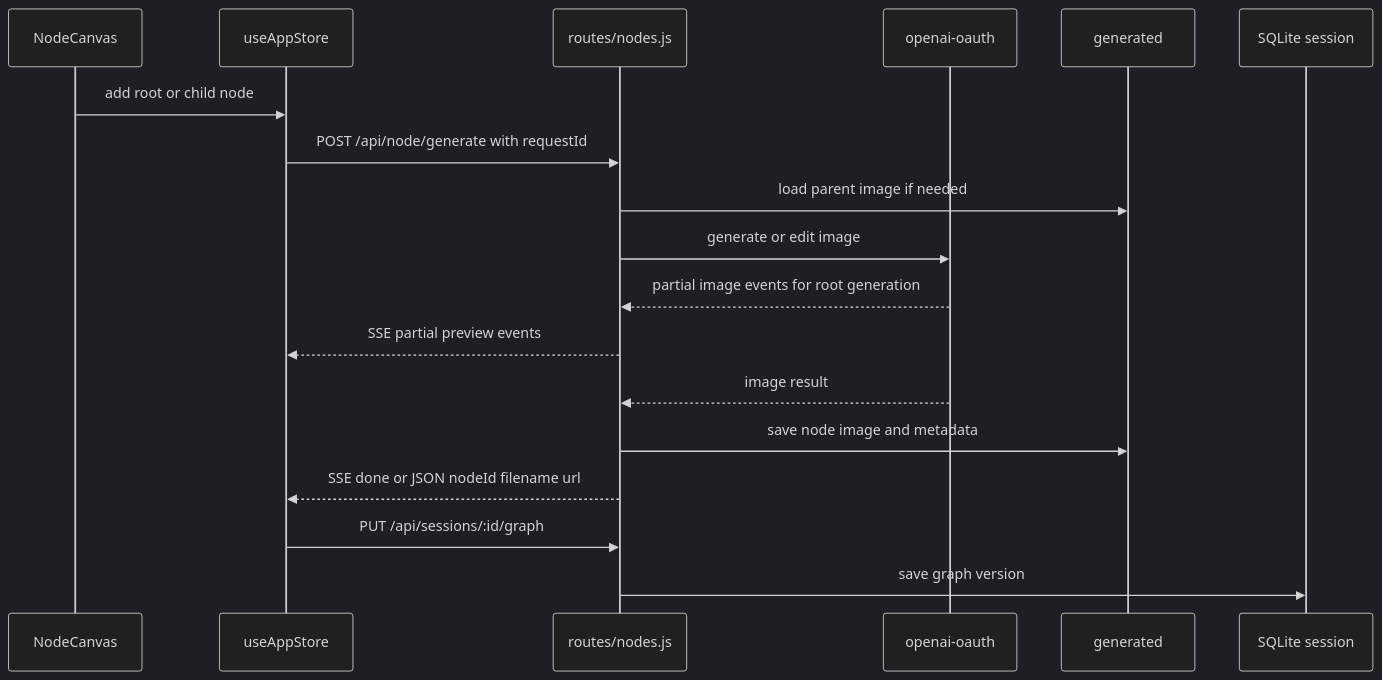
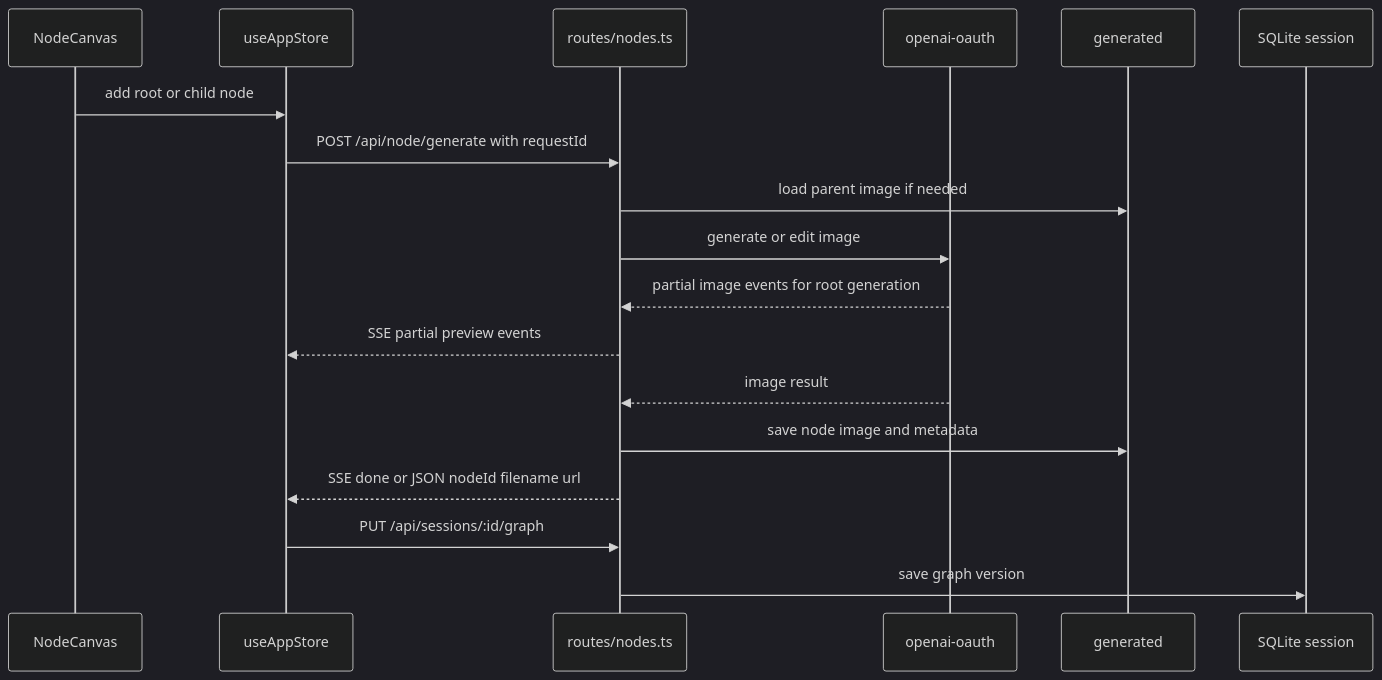
The diagram in structure/05-node-mode.md (ChatPoongKun/ima2-gen), drawn with Mermaid (dark theme) before and after one commit. The commit also changed other lines of this file and 113 other files, not shown here.

````diff
--- a/structure/05-node-mode.md
+++ b/structure/05-node-mode.md
@@ -19,21 +19,21 @@
 ```mermaid
 sequenceDiagram
     participant UI as NodeCanvas
     participant Store as useAppStore
-    participant API as routes/nodes.js
+    participant API as routes/nodes.ts
     participant OAuth as openai-oauth
     participant Files as generated
     participant DB as SQLite session
 
     UI->>Store: add root or child node
     Store->>API: POST /api/node/generate with requestId
     API->>Files: load parent image if needed
     API->>OAuth: generate or edit image
     OAuth-->>API: partial image events for root generation
     API-->>Store: SSE partial preview events
     OAuth-->>API: image result
     API->>Files: save node image and metadata
     API-->>Store: SSE done or JSON nodeId filename url
     Store->>API: PUT /api/sessions/:id/graph
     API->>DB: save graph version
 ```
````
